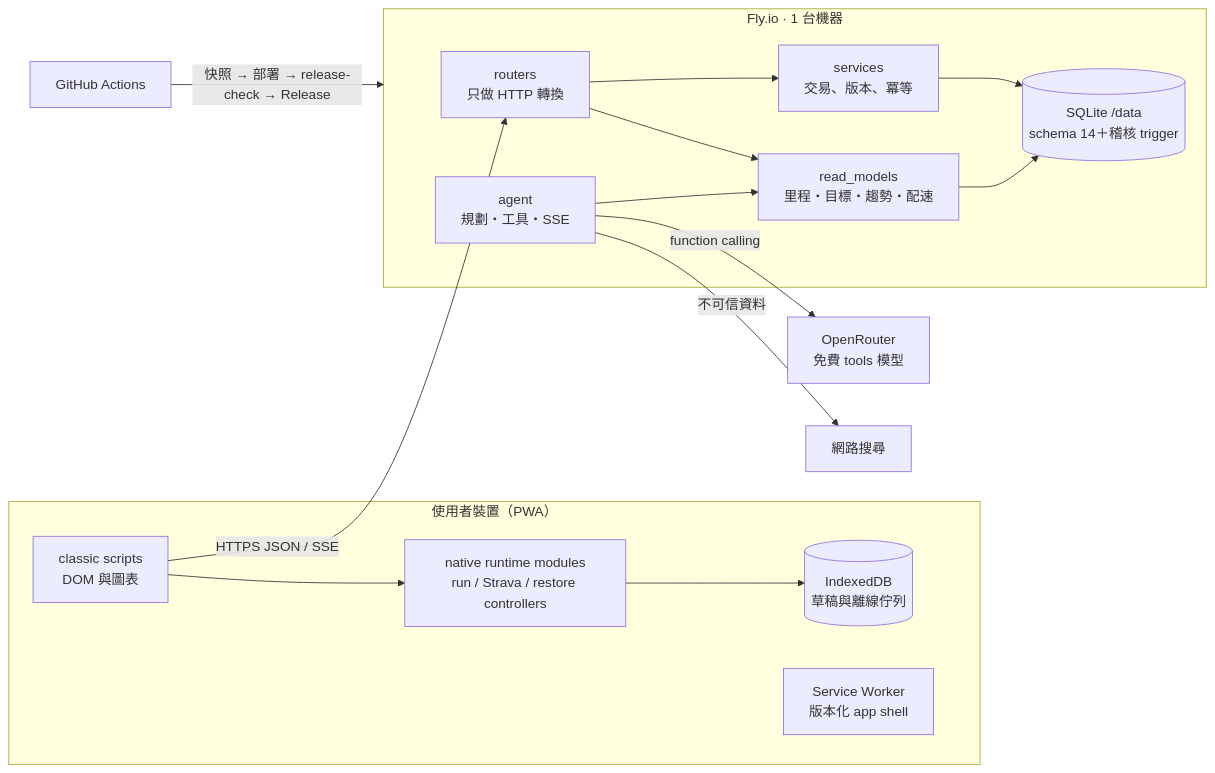
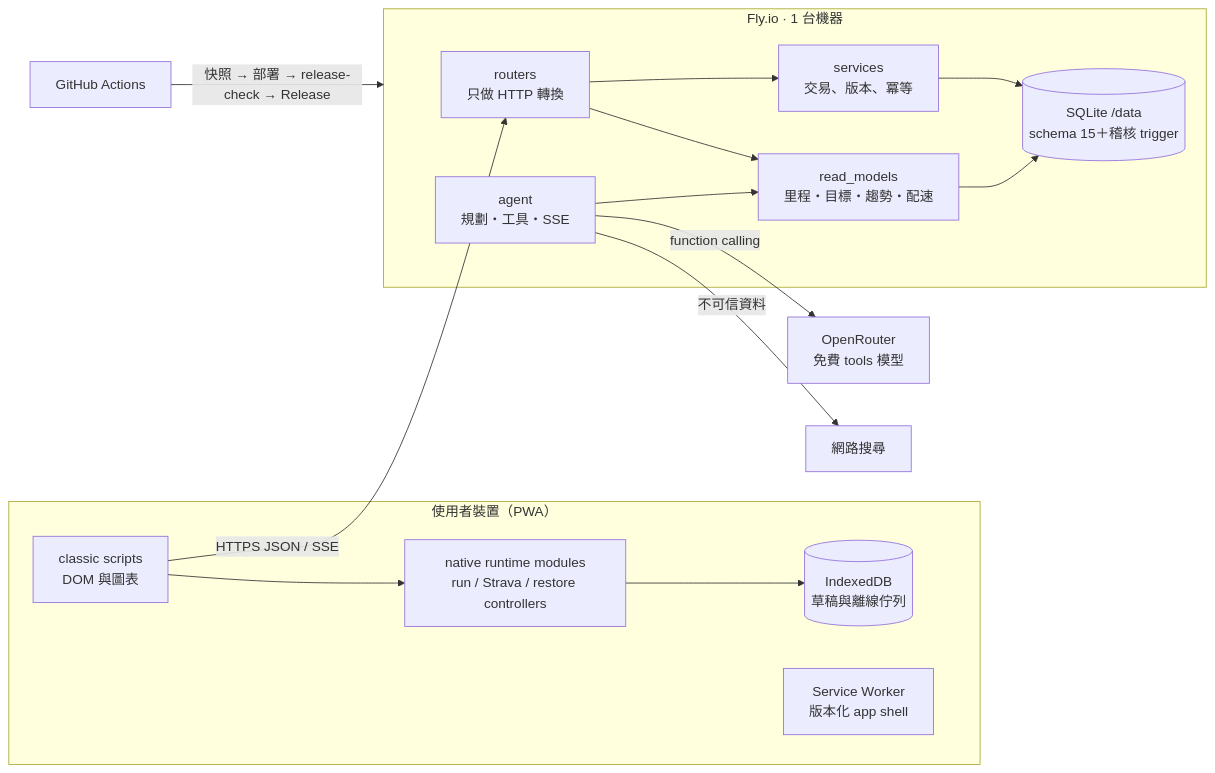
The diagram in README.md (Teng91/running-shoes), drawn with Mermaid before and after one commit. The commit also changed other lines of this file and 71 other files, not shown here.

````diff
--- a/README.md
+++ b/README.md
@@ -95,19 +95,19 @@
 ```mermaid
 flowchart LR
   subgraph Device["使用者裝置（PWA）"]
     UI["classic scripts<br/>DOM 與圖表"] --> RT["native runtime modules<br/>run / Strava / restore controllers"]
     RT --> IDB[("IndexedDB<br/>草稿與離線佇列")]
     SW["Service Worker<br/>版本化 app shell"]
   end
   subgraph Fly["Fly.io · 1 台機器"]
     R["routers<br/>只做 HTTP 轉換"] --> S["services<br/>交易、版本、冪等"]
     R --> RM["read_models<br/>里程・目標・趨勢・配速"]
-    S --> DB[("SQLite /data<br/>schema 14＋稽核 trigger")]
+    S --> DB[("SQLite /data<br/>schema 15＋稽核 trigger")]
     RM --> DB
     A["agent<br/>規劃・工具・SSE"] --> RM
   end
   UI -- "HTTPS JSON / SSE" --> R
   A -- "function calling" --> OR["OpenRouter<br/>免費 tools 模型"]
   A -- "不可信資料" --> WS["網路搜尋"]
   GH["GitHub Actions"] -- "快照 → 部署 → release-check → Release" --> Fly
 ```
````
